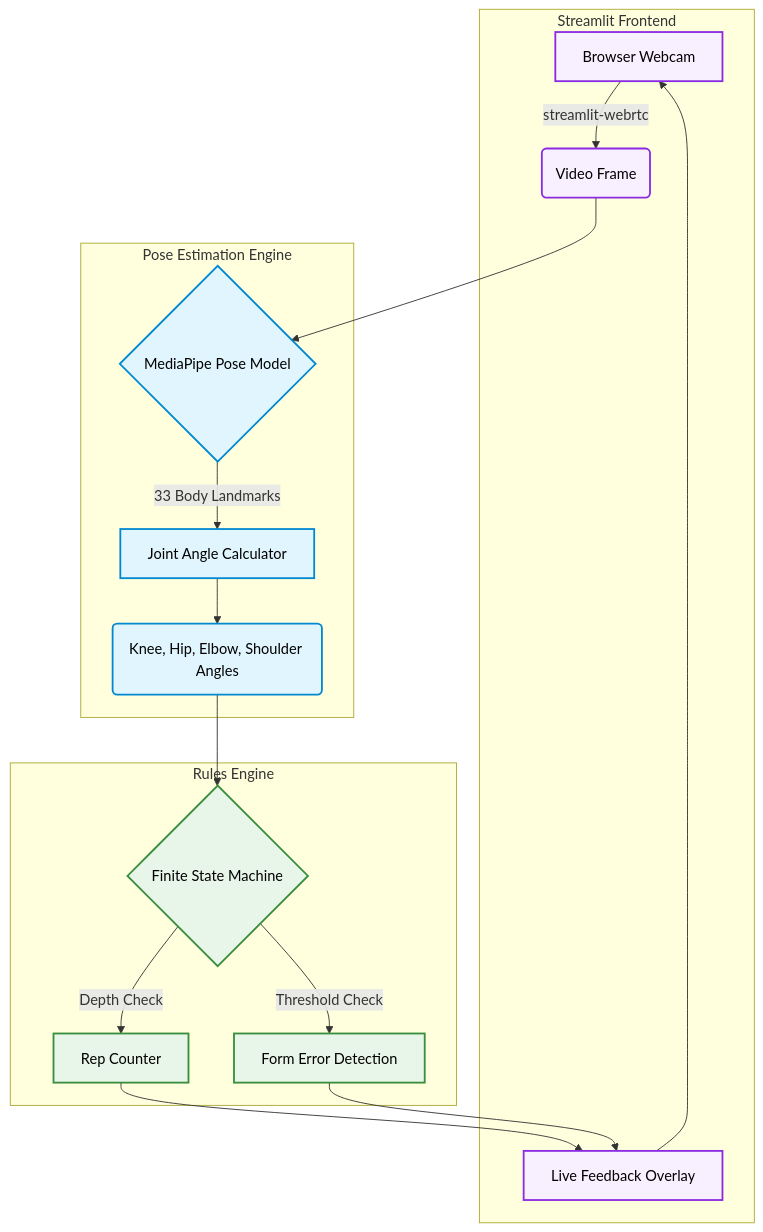
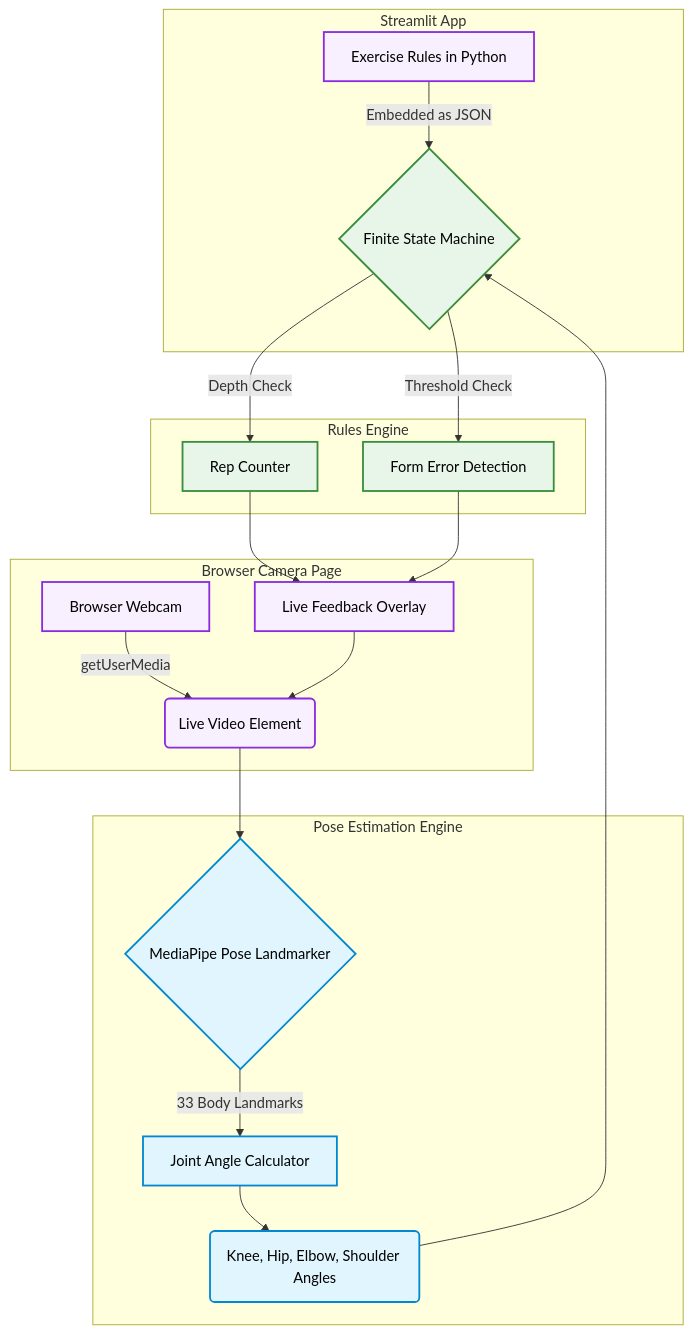
One commit to Shashank17singh/SIC-Project changed the diagram in README.md. Above: the diagram before and after it, drawn with Mermaid. The commit also changed other lines of this file and 18 other files, not shown here.

First line of the commit message:
Run the camera and pose detection in the browser

````diff
--- a/README.md
+++ b/README.md
@@ -33,29 +36,33 @@
 ```mermaid
 graph TD
-    subgraph "Streamlit Frontend"
-    A[Browser Webcam] -->|streamlit-webrtc| B(Video Frame)
-    H[Live Feedback Overlay] --> A
+    subgraph "Streamlit App"
+    J[Exercise Rules in Python] -->|Embedded as JSON| F
+    end
+
+    subgraph "Browser Camera Page"
+    A[Browser Webcam] -->|getUserMedia| B(Live Video Element)
+    H[Live Feedback Overlay] --> B
     end
 
     subgraph "Pose Estimation Engine"
-    B --> C{MediaPipe Pose Model}
+    B --> C{MediaPipe Pose Landmarker}
     C -->|33 Body Landmarks| D[Joint Angle Calculator]
     D --> E(Knee, Hip, Elbow, Shoulder Angles)
     end
 
     subgraph "Rules Engine"
     E --> F{Finite State Machine}
     F -->|Depth Check| G[Rep Counter]
     F -->|Threshold Check| I[Form Error Detection]
     G --> H
     I --> H
     end
 
     classDef io fill:#f9f0ff,stroke:#8a2be2,stroke-width:2px,color:#000;
     classDef core fill:#e1f5fe,stroke:#0288d1,stroke-width:2px,color:#000;
     classDef logic fill:#e8f5e9,stroke:#388e3c,stroke-width:2px,color:#000;
 
-    class A,H,B io;
+    class A,H,B,J io;
     class C,D,E core;
     class F,G,I logic;
 ```
````
